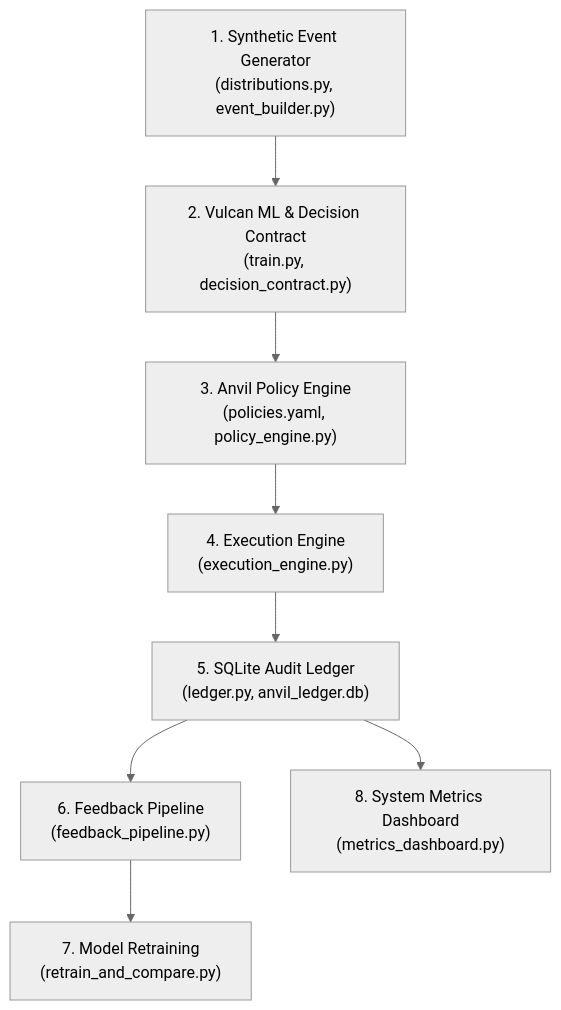
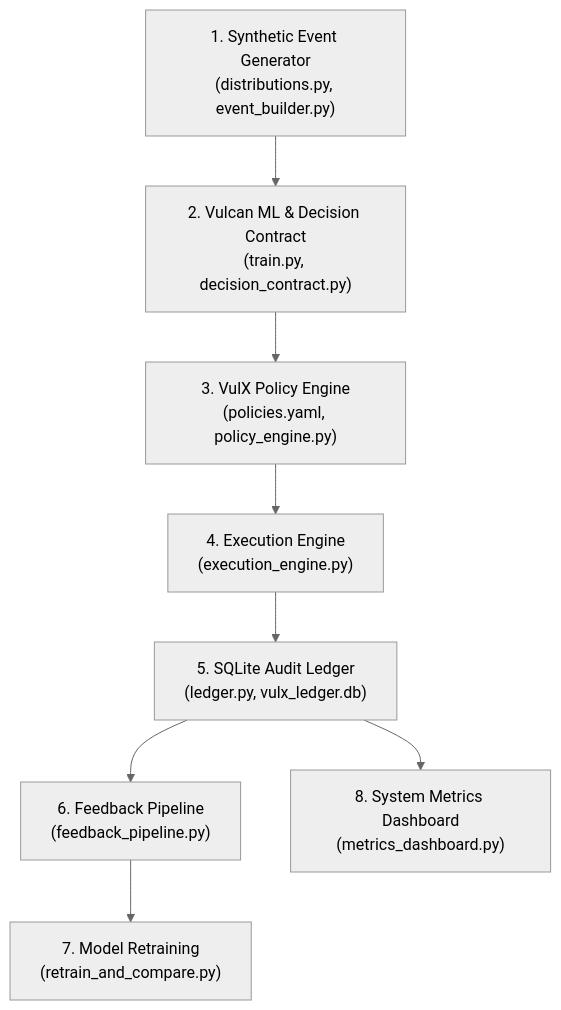
Before and after one commit to Swathi-88/VulX: the diagram in ARCHITECTURE.md, drawn with Mermaid (neutral theme). The commit also changed other lines of this file and 48 other files, not shown here.

````diff
--- a/ARCHITECTURE.md
+++ b/ARCHITECTURE.md
@@ -9,10 +9,10 @@
 ```mermaid
 flowchart TD
     S1["1. Synthetic Event Generator<br/>(distributions.py, event_builder.py)"] --> S2["2. Vulcan ML & Decision Contract<br/>(train.py, decision_contract.py)"]
-    S2 --> S3["3. Anvil Policy Engine<br/>(policies.yaml, policy_engine.py)"]
+    S2 --> S3["3. VulX Policy Engine<br/>(policies.yaml, policy_engine.py)"]
     S3 --> S4["4. Execution Engine<br/>(execution_engine.py)"]
-    S4 --> S5["5. SQLite Audit Ledger<br/>(ledger.py, anvil_ledger.db)"]
+    S4 --> S5["5. SQLite Audit Ledger<br/>(ledger.py, vulx_ledger.db)"]
     S5 --> S6["6. Feedback Pipeline<br/>(feedback_pipeline.py)"]
     S6 --> S7["7. Model Retraining<br/>(retrain_and_compare.py)"]
     S5 --> S8["8. System Metrics Dashboard<br/>(metrics_dashboard.py)"]
 ```
````
